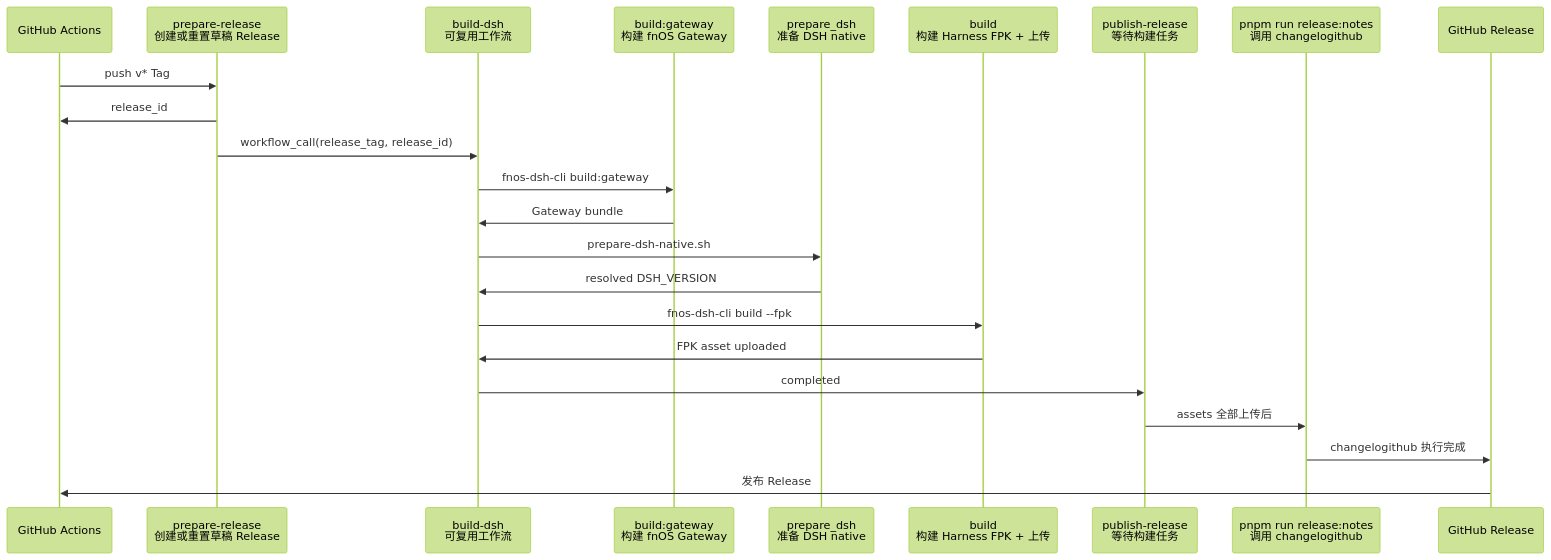
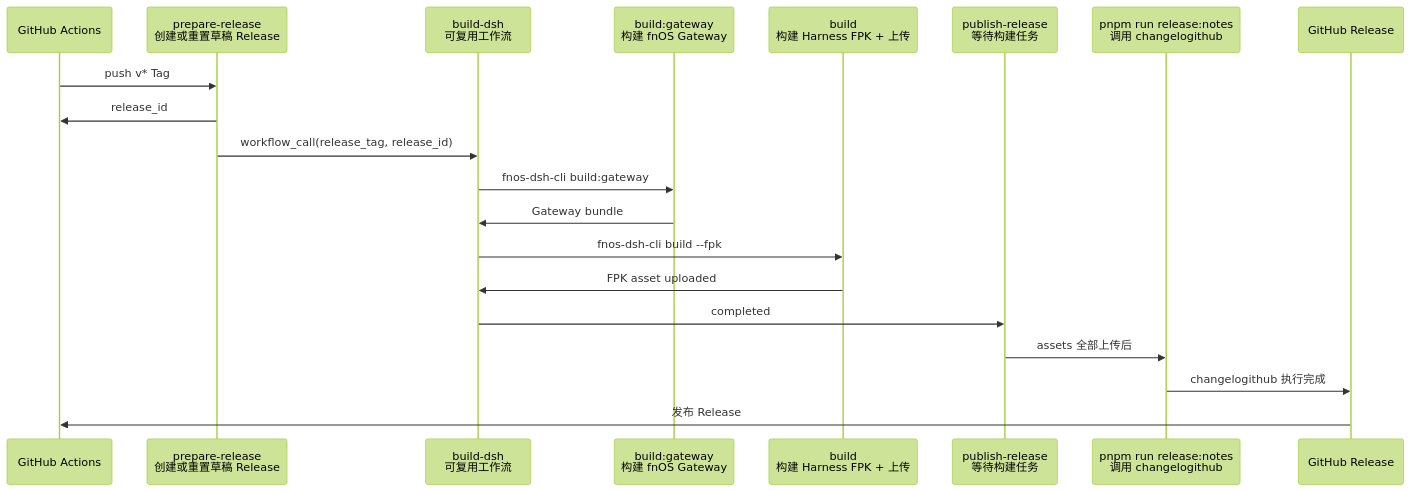
One commit to FNOSP/fnos-dsh changed the second of 4 diagrams in docs/development/github-workflows.md. Above: the diagram before and after it, drawn with Mermaid (forest theme). The commit also changed other lines of this file and 16 other files, not shown here.

````diff
--- a/docs/development/github-workflows.md
+++ b/docs/development/github-workflows.md
@@ -52,26 +52,23 @@
 ```mermaid
 sequenceDiagram
   participant github as GitHub Actions
   participant prepare as prepare-release<br/>创建或重置草稿 Release
   participant dsh as build-dsh<br/>可复用工作流
   participant gateway as build:gateway<br/>构建 fnOS Gateway
-  participant native as prepare_dsh<br/>准备 DSH native
   participant dshBuild as build<br/>构建 Harness FPK + 上传
   participant publish as publish-release<br/>等待构建任务
   participant notes as pnpm run release:notes<br/>调用 changelogithub
   participant release as GitHub Release
 
   github->>prepare: push v* Tag
   prepare->>github: release_id
   prepare->>dsh: workflow_call(release_tag, release_id)
   dsh->>gateway: fnos-dsh-cli build:gateway
   gateway->>dsh: Gateway bundle
-  dsh->>native: prepare-dsh-native.sh
-  native->>dsh: resolved DSH_VERSION
   dsh->>dshBuild: fnos-dsh-cli build --fpk
   dshBuild->>dsh: FPK asset uploaded
   dsh->>publish: completed
   publish->>notes: assets 全部上传后
   notes->>release: changelogithub 执行完成
   release->>github: 发布 Release
 ```
````
